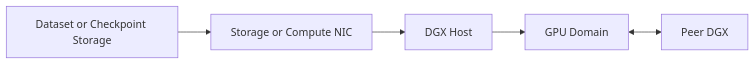
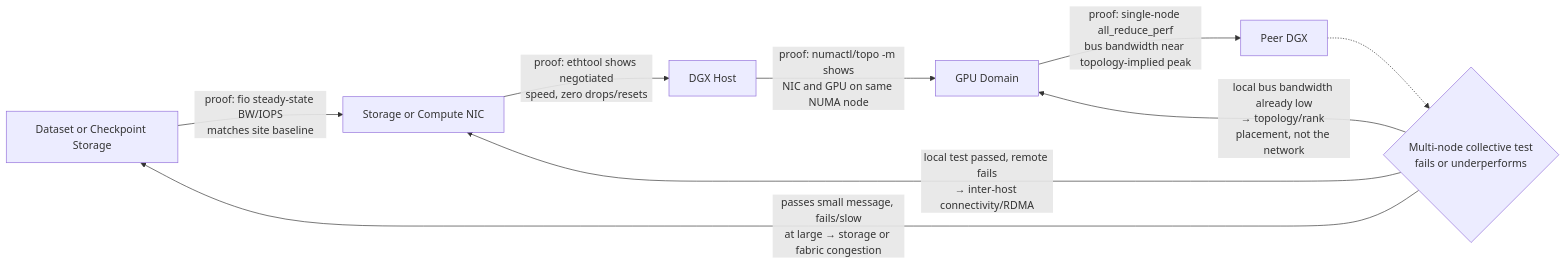
One commit to jithinpnjm/nvidia-devops changed the diagram in docs/nvidia-zero-to-hero/volume-05/labs/lab-02-validate-dgx-data-and-network-paths.md. Above: the diagram before and after it, drawn with Mermaid. The commit also changed other lines of this file and 1 other file, not shown here.

````diff
--- a/docs/nvidia-zero-to-hero/volume-05/labs/lab-02-validate-dgx-data-and-network-paths.md
+++ b/docs/nvidia-zero-to-hero/volume-05/labs/lab-02-validate-dgx-data-and-network-paths.md
@@ -45,11 +45,19 @@
 ```mermaid
 flowchart LR
     Storage[Dataset or Checkpoint Storage]
     NIC[Storage or Compute NIC]
     Host[DGX Host]
     GPU[GPU Domain]
     Peer[Peer DGX]
+    Fail{"Multi-node collective test<br/>fails or underperforms"}
 
-    Storage --> NIC --> Host --> GPU
-    GPU <--> Peer
+    Storage -->|"proof: fio steady-state BW/IOPS<br/>matches site baseline"| NIC
+    NIC -->|"proof: ethtool shows negotiated<br/>speed, zero drops/resets"| Host
+    Host -->|"proof: numactl/topo -m shows<br/>NIC and GPU on same NUMA node"| GPU
+    GPU -->|"proof: single-node all_reduce_perf<br/>bus bandwidth near topology-implied peak"| Peer
+
+    Peer -.-> Fail
+    Fail -->|"local test passed, remote fails<br/>→ inter-host connectivity/RDMA"| NIC
+    Fail -->|"local bus bandwidth already low<br/>→ topology/rank placement, not the network"| GPU
+    Fail -->|"passes small message, fails/slow<br/>at large → storage or fabric congestion"| Storage
 ```
````
